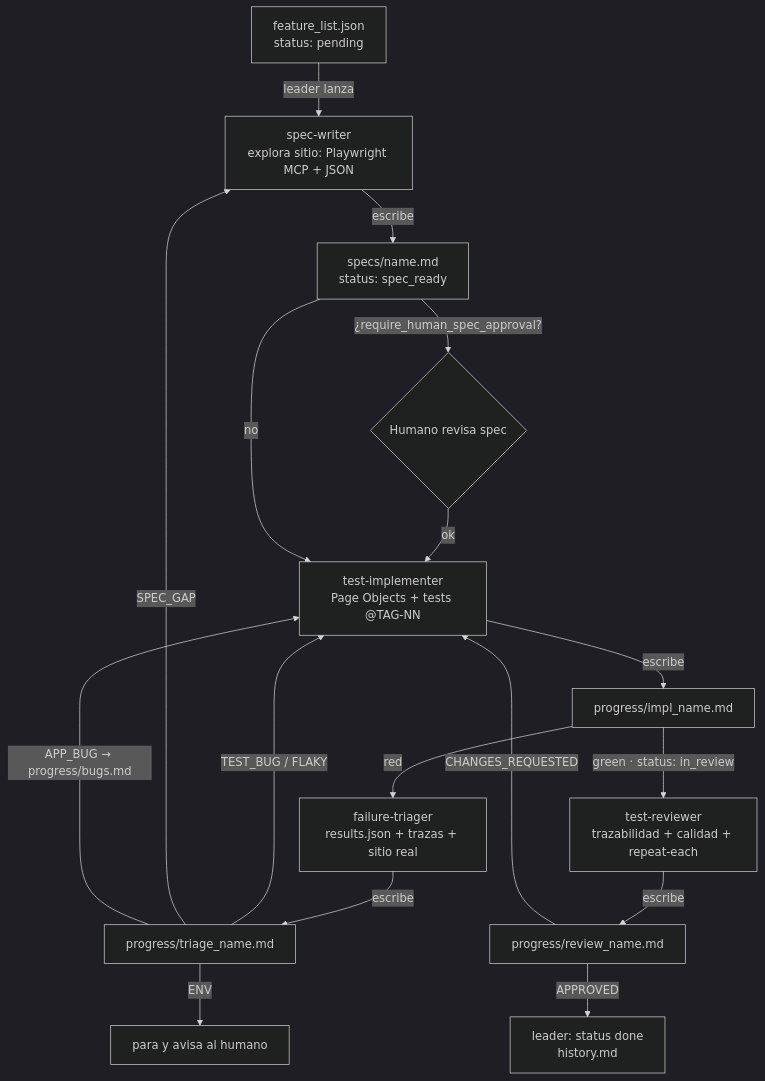
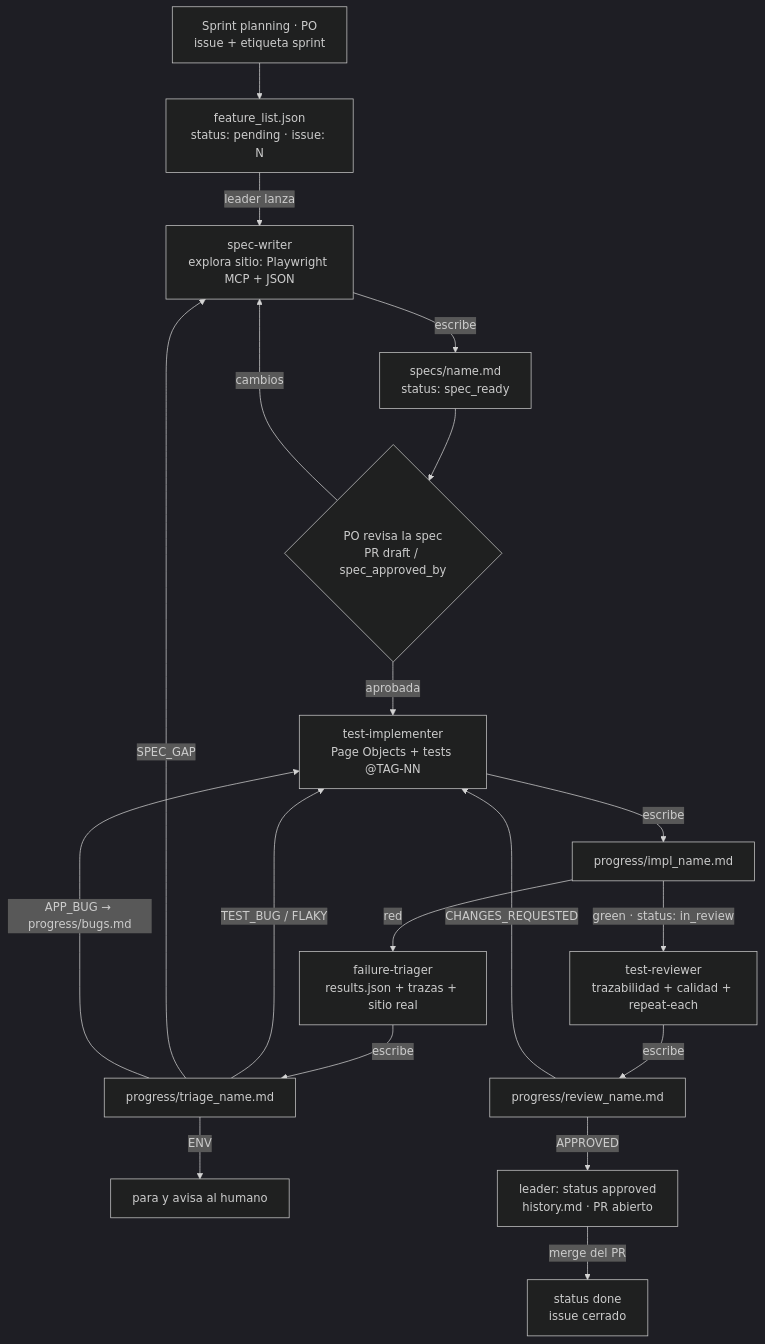
One commit to abigailDurand/E2E-AI-scrum- changed the diagram in docs/agent-flow.md. Above: the diagram before and after it, drawn with Mermaid (dark theme). The commit also changed other lines of this file and 5 other files, not shown here.

````diff
--- a/docs/agent-flow.md
+++ b/docs/agent-flow.md
@@ -9,19 +9,21 @@
 ```mermaid
 flowchart TD
-    B[feature_list.json<br/>status: pending] -->|leader lanza| SW[spec-writer<br/>explora sitio: Playwright MCP + JSON]
+    P[Sprint planning · PO<br/>issue + etiqueta sprint] --> B
+    B[feature_list.json<br/>status: pending · issue: N] -->|leader lanza| SW[spec-writer<br/>explora sitio: Playwright MCP + JSON]
     SW -->|escribe| S[specs/name.md<br/>status: spec_ready]
-    S -->|¿require_human_spec_approval?| H{Humano revisa spec}
-    H -->|ok| TI
-    S -->|no| TI[test-implementer<br/>Page Objects + tests @TAG-NN]
+    S --> H{PO revisa la spec<br/>PR draft / spec_approved_by}
+    H -->|aprobada| TI[test-implementer<br/>Page Objects + tests @TAG-NN]
+    H -->|cambios| SW
     TI -->|escribe| I[progress/impl_name.md]
     I -->|red| FT[failure-triager<br/>results.json + trazas + sitio real]
     FT -->|escribe| T[progress/triage_name.md]
     T -->|TEST_BUG / FLAKY| TI
     T -->|SPEC_GAP| SW
     T -->|APP_BUG → progress/bugs.md| TI
     T -->|ENV| X[para y avisa al humano]
     I -->|green · status: in_review| TR[test-reviewer<br/>trazabilidad + calidad + repeat-each]
     TR -->|escribe| R[progress/review_name.md]
     R -->|CHANGES_REQUESTED| TI
-    R -->|APPROVED| D[leader: status done<br/>history.md]
+    R -->|APPROVED| A[leader: status approved<br/>history.md · PR abierto]
+    A -->|merge del PR| D[status done<br/>issue cerrado]
 ```
````
